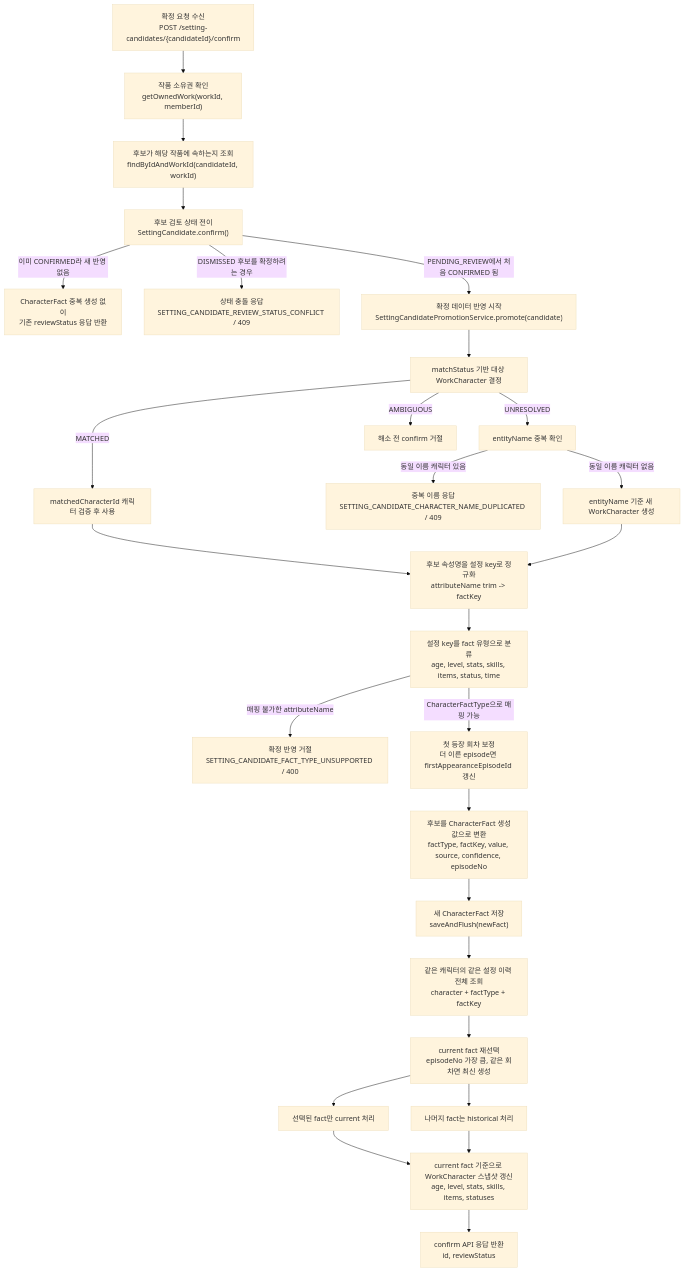
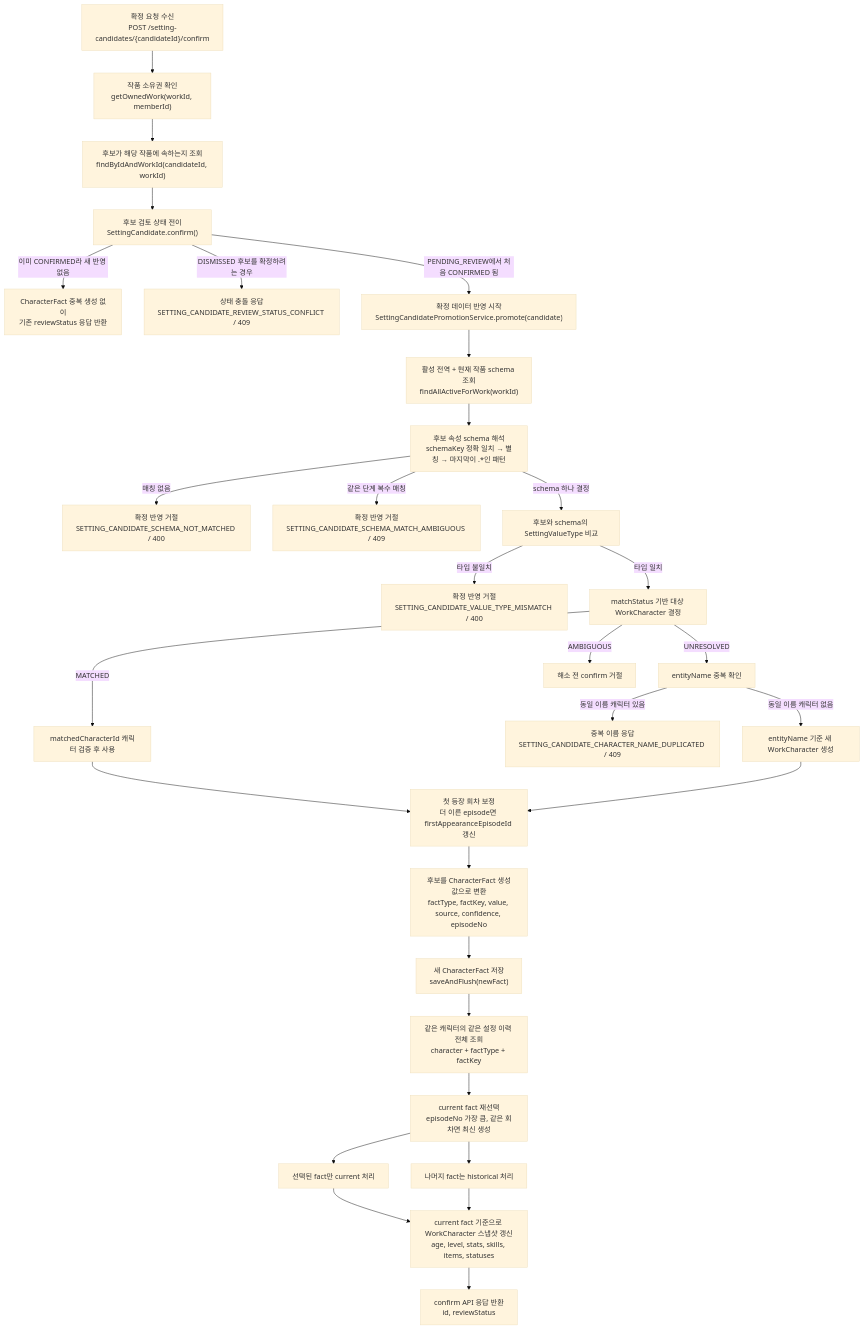
One commit to catchhole-soma/catchhole-backend-java changed the second of 7 diagrams in docs/character.md. Above: the diagram before and after it, drawn with Mermaid (base theme). The commit also changed other lines of this file and 5 other files, not shown here.

````diff
--- a/docs/character.md
+++ b/docs/character.md
@@ -443,32 +459,35 @@
 ```mermaid
 flowchart TD
     A["확정 요청 수신<br/>POST /setting-candidates/{candidateId}/confirm"] --> B["작품 소유권 확인<br/>getOwnedWork(workId, memberId)"]
     B --> C["후보가 해당 작품에 속하는지 조회<br/>findByIdAndWorkId(candidateId, workId)"]
     C --> D["후보 검토 상태 전이<br/>SettingCandidate.confirm()"]
 
     D -->|"이미 CONFIRMED라 새 반영 없음"| Z["CharacterFact 중복 생성 없이<br/>기존 reviewStatus 응답 반환"]
     D -->|"DISMISSED 후보를 확정하려는 경우"| X["상태 충돌 응답<br/>SETTING_CANDIDATE_REVIEW_STATUS_CONFLICT / 409"]
     D -->|"PENDING_REVIEW에서 처음 CONFIRMED 됨"| E["확정 데이터 반영 시작<br/>SettingCandidatePromotionService.promote(candidate)"]
 
-    E --> F["matchStatus 기반 대상 WorkCharacter 결정"]
+    E --> S["활성 전역 + 현재 작품 schema 조회<br/>findAllActiveForWork(workId)"]
+    S --> R["후보 속성 schema 해석<br/>schemaKey 정확 일치 → 별칭 → 마지막이 .*인 패턴"]
+    R -->|"매칭 없음"| Y["확정 반영 거절<br/>SETTING_CANDIDATE_SCHEMA_NOT_MATCHED / 400"]
+    R -->|"같은 단계 복수 매칭"| Y2["확정 반영 거절<br/>SETTING_CANDIDATE_SCHEMA_MATCH_AMBIGUOUS / 409"]
+    R -->|"schema 하나 결정"| V["후보와 schema의 SettingValueType 비교"]
+    V -->|"타입 불일치"| Y3["확정 반영 거절<br/>SETTING_CANDIDATE_VALUE_TYPE_MISMATCH / 400"]
+    V -->|"타입 일치"| F["matchStatus 기반 대상 WorkCharacter 결정"]
     F -->|"MATCHED"| F1["matchedCharacterId 캐릭터 검증 후 사용"]
     F -->|"UNRESOLVED"| F2["entityName 중복 확인"]
     F -->|"AMBIGUOUS"| F3["해소 전 confirm 거절"]
-    F1 --> G["후보 속성명을 설정 key로 정규화<br/>attributeName trim -> factKey"]
     F2 -->|"동일 이름 캐릭터 있음"| W["중복 이름 응답<br/>SETTING_CANDIDATE_CHARACTER_NAME_DUPLICATED / 409"]
     F2 -->|"동일 이름 캐릭터 없음"| F4["entityName 기준 새 WorkCharacter 생성"]
-    F4 --> G
-    G --> H["설정 key를 fact 유형으로 분류<br/>age, level, stats, skills, items, status, time"]
-    H -->|"매핑 불가한 attributeName"| Y["확정 반영 거절<br/>SETTING_CANDIDATE_FACT_TYPE_UNSUPPORTED / 400"]
-    H -->|"CharacterFactType으로 매핑 가능"| I["첫 등장 회차 보정<br/>더 이른 episode면 firstAppearanceEpisodeId 갱신"]
+    F1 --> I["첫 등장 회차 보정<br/>더 이른 episode면 firstAppearanceEpisodeId 갱신"]
+    F4 --> I
 
     I --> J["후보를 CharacterFact 생성값으로 변환<br/>factType, factKey, value, source, confidence, episodeNo"]
     J --> K["새 CharacterFact 저장<br/>saveAndFlush(newFact)"]
     K --> L["같은 캐릭터의 같은 설정 이력 전체 조회<br/>character + factType + factKey"]
     L --> M2["current fact 재선택<br/>episodeNo 가장 큼, 같은 회차면 최신 생성"]
     M2 --> N2["선택된 fact만 current 처리"]
     M2 --> O2["나머지 fact는 historical 처리"]
     N2 --> P["current fact 기준으로 WorkCharacter 스냅샷 갱신<br/>age, level, stats, skills, items, statuses"]
     O2 --> P
     P --> Q["confirm API 응답 반환<br/>id, reviewStatus"]
 ```
````
